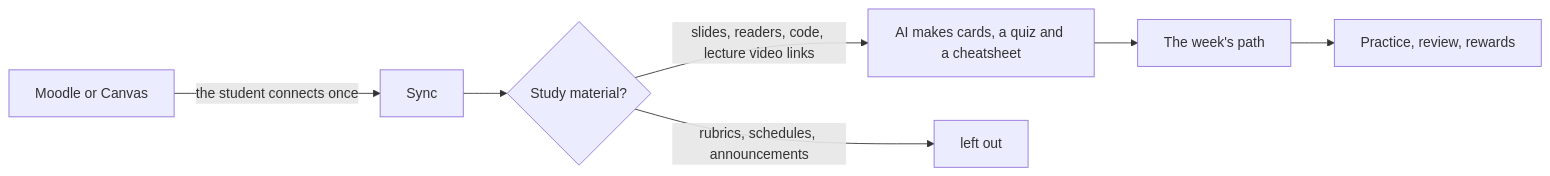
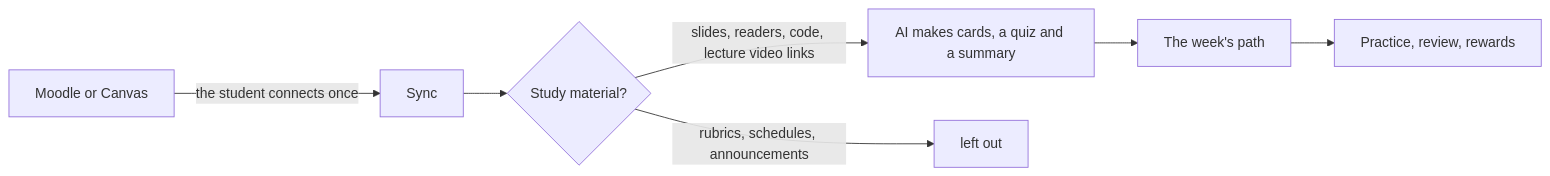
The diagram in README.md (DevCrazyCube/studysync-showcase), drawn with Mermaid before and after one commit. The commit also changed other lines of this file and 46 other files, not shown here.

````diff
--- a/README.md
+++ b/README.md
@@ -48,9 +48,9 @@
 ```mermaid
 flowchart LR
     A[Moodle or Canvas] -->|the student connects once| B[Sync]
     B --> C{Study material?}
-    C -->|slides, readers, code, lecture video links| D[AI makes cards, a quiz and a cheatsheet]
+    C -->|slides, readers, code, lecture video links| D[AI makes cards, a quiz and a summary]
     C -->|rubrics, schedules, announcements| X[left out]
     D --> E[The week's path]
     E --> F[Practice, review, rewards]
 ```
````
